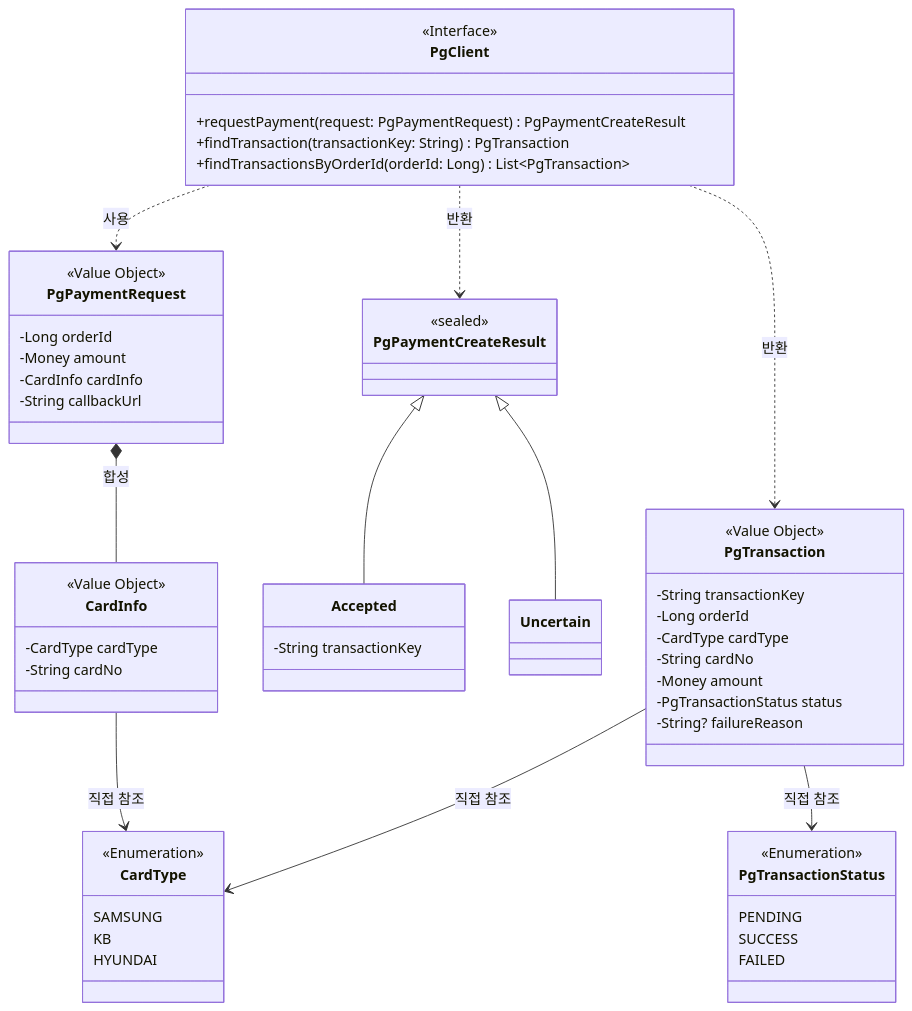
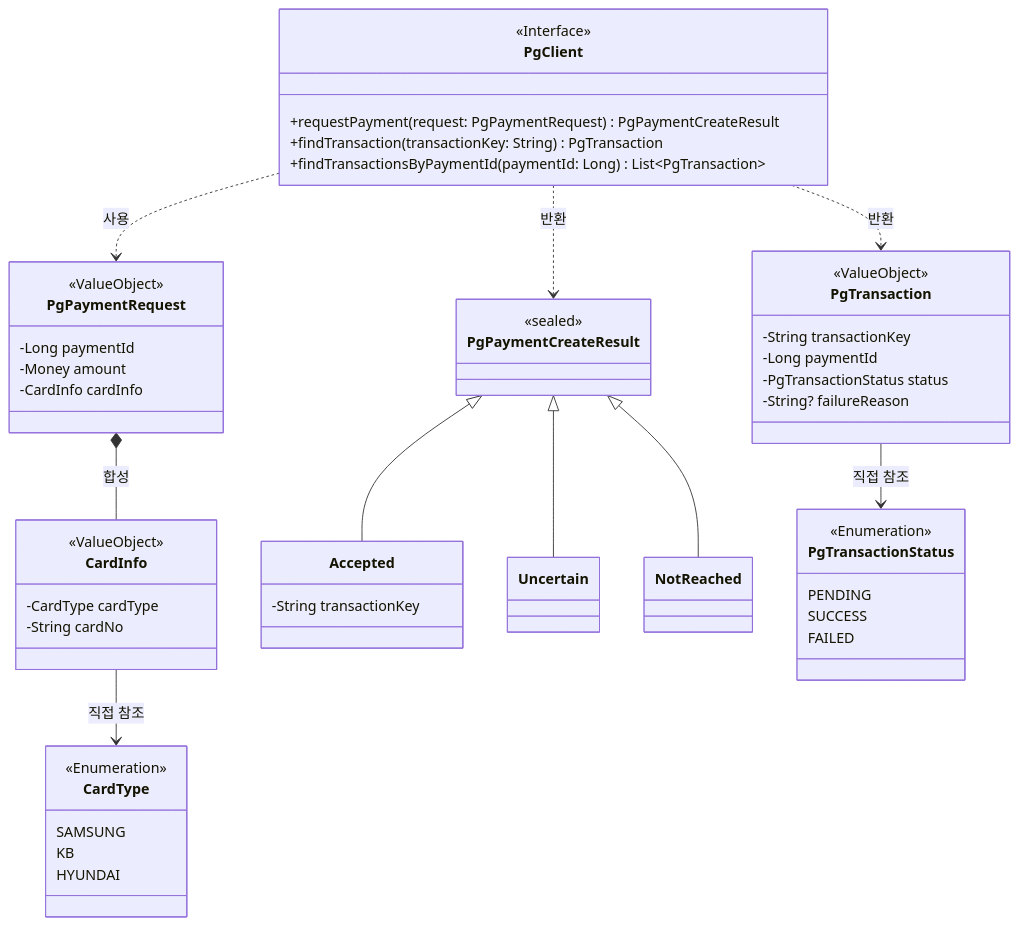
Before and after one commit to Loopers-dev-lab/loopers-spring-kotlin-template: the first of 7 diagrams in docs/week6/도메인_모델링_문서_PG연동.md, drawn with Mermaid. The commit also changed other lines of this file and 1 other file, not shown here.

Commit message:
refactor(payment): 문서 변경

````diff
--- a/docs/week6/도메인_모델링_문서_PG연동.md
+++ b/docs/week6/도메인_모델링_문서_PG연동.md
@@ -22,69 +23,68 @@
 ```mermaid
 classDiagram
     class PgClient {
         <<Interface>>
         +requestPayment(request: PgPaymentRequest) PgPaymentCreateResult
         +findTransaction(transactionKey: String) PgTransaction
-        +findTransactionsByOrderId(orderId: Long) List~PgTransaction~
+        +findTransactionsByPaymentId(paymentId: Long) List~PgTransaction~
     }
 
     class PgPaymentRequest {
-        <<Value Object>>
-        -Long orderId
-        -Money amount
-        -CardInfo cardInfo
-        -String callbackUrl
-    }
+<<ValueObject>>
+-Long paymentId
+-Money amount
+-CardInfo cardInfo
+}
 
-    class CardInfo {
-        <<Value Object>>
-        -CardType cardType
-        -String cardNo
-    }
+class CardInfo {
+<<ValueObject>>
+-CardType cardType
+-String cardNo
+}
 
-    class CardType {
-        <<Enumeration>>
-        SAMSUNG
-        KB
-        HYUNDAI
-    }
+class CardType {
+<<Enumeration>>
+SAMSUNG
+KB
+HYUNDAI
+ }
 
-    class PgPaymentCreateResult {
-        <<sealed>>
-    }
+class PgPaymentCreateResult {
+<<sealed>>
+}
 
-    class Accepted {
-        -String transactionKey
-    }
+class Accepted {
+-String transactionKey
+}
 
-    class Uncertain {
-    }
+class Uncertain { 
+ }
 
-    class PgTransaction {
-        <<Value Object>>
-        -String transactionKey
-        -Long orderId
-        -CardType cardType
-        -String cardNo
-        -Money amount
-        -PgTransactionStatus status
-        -String? failureReason
-    }
+class NotReached { 
+ }
 
-    class PgTransactionStatus {
-        <<Enumeration>>
-        PENDING
-        SUCCESS
-        FAILED
-    }
+class PgTransaction {
+<<ValueObject>>
+-String transactionKey
+-Long paymentId
+-PgTransactionStatus status
+-String? failureReason
+}
 
-    PgClient ..> PgPaymentRequest : 사용
-    PgClient ..> PgPaymentCreateResult : 반환
-    PgClient ..> PgTransaction : 반환
-    PgPaymentRequest *-- CardInfo : 합성
-    CardInfo --> CardType : 직접 참조
-    PgPaymentCreateResult <|-- Accepted
-    PgPaymentCreateResult <|-- Uncertain
-    PgTransaction --> PgTransactionStatus : 직접 참조
-    PgTransaction --> CardType : 직접 참조
+class PgTransactionStatus {
+<<Enumeration>>
+PENDING
+SUCCESS
+FAILED
+ }
+
+PgClient ..> PgPaymentRequest: 사용
+PgClient ..> PgPaymentCreateResult: 반환
+PgClient ..> PgTransaction : 반환
+PgPaymentRequest *-- CardInfo: 합성
+CardInfo --> CardType: 직접 참조
+PgPaymentCreateResult <|-- Accepted
+PgPaymentCreateResult <|-- Uncertain
+PgPaymentCreateResult <|-- NotReached
+PgTransaction --> PgTransactionStatus: 직접 참조
 ```
````
